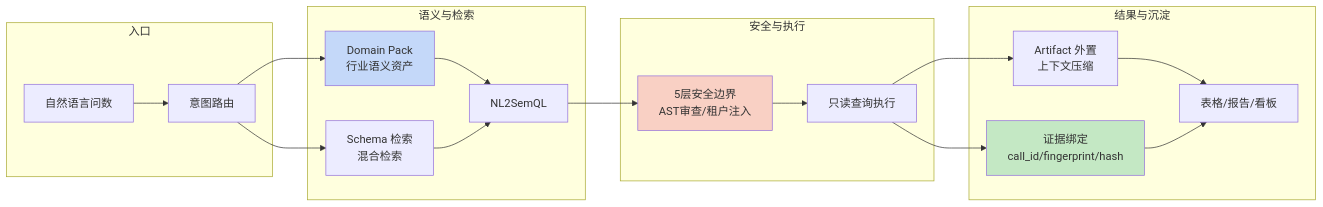
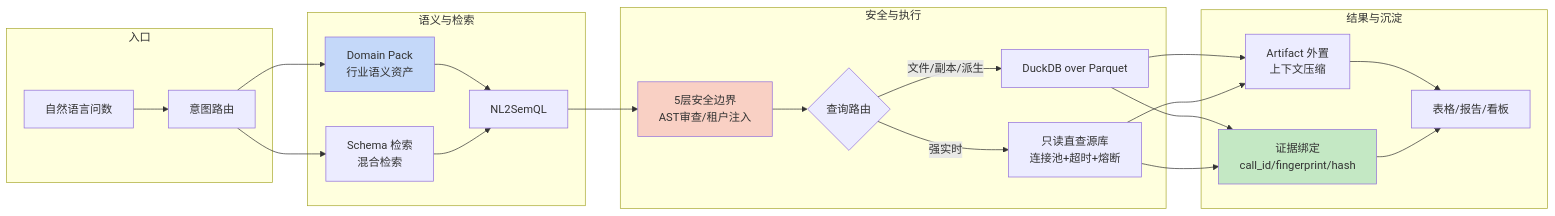
Before and after one commit to Ygrowly/Marvis: the third of 3 diagrams in projects/数驭穹图项目说明.md, drawn with Mermaid. The commit also changed other lines of this file and 86 other files, not shown here.

````diff
--- a/projects/数驭穹图项目说明.md
+++ b/projects/数驭穹图项目说明.md
@@ -908,25 +1028,29 @@
 ```mermaid
 graph LR
     subgraph 入口
         U[自然语言问数] --> R[意图路由]
     end
     subgraph 语义与检索
         R --> DP[Domain Pack<br/>行业语义资产]
         R --> SR[Schema 检索<br/>混合检索]
         DP --> NL[NL2SemQL]
         SR --> NL
     end
     subgraph 安全与执行
         NL --> S[5层安全边界<br/>AST审查/租户注入]
-        S --> Q[只读查询执行]
+        S --> RT{查询路由}
+        RT -->|文件/副本/派生| Q1[DuckDB over Parquet]
+        RT -->|强实时| Q2[只读直查源库<br/>连接池+超时+熔断]
     end
     subgraph 结果与沉淀
-        Q --> A[Artifact 外置<br/>上下文压缩]
-        Q --> E[证据绑定<br/>call_id/fingerprint/hash]
+        Q1 --> A[Artifact 外置<br/>上下文压缩]
+        Q2 --> A
+        Q1 --> E[证据绑定<br/>call_id/fingerprint/hash]
+        Q2 --> E
         A --> O[表格/报告/看板]
         E --> O
     end
     style DP fill:#c4d8f9
     style S fill:#f9d0c4
     style E fill:#c4e8c4
 ```
````
